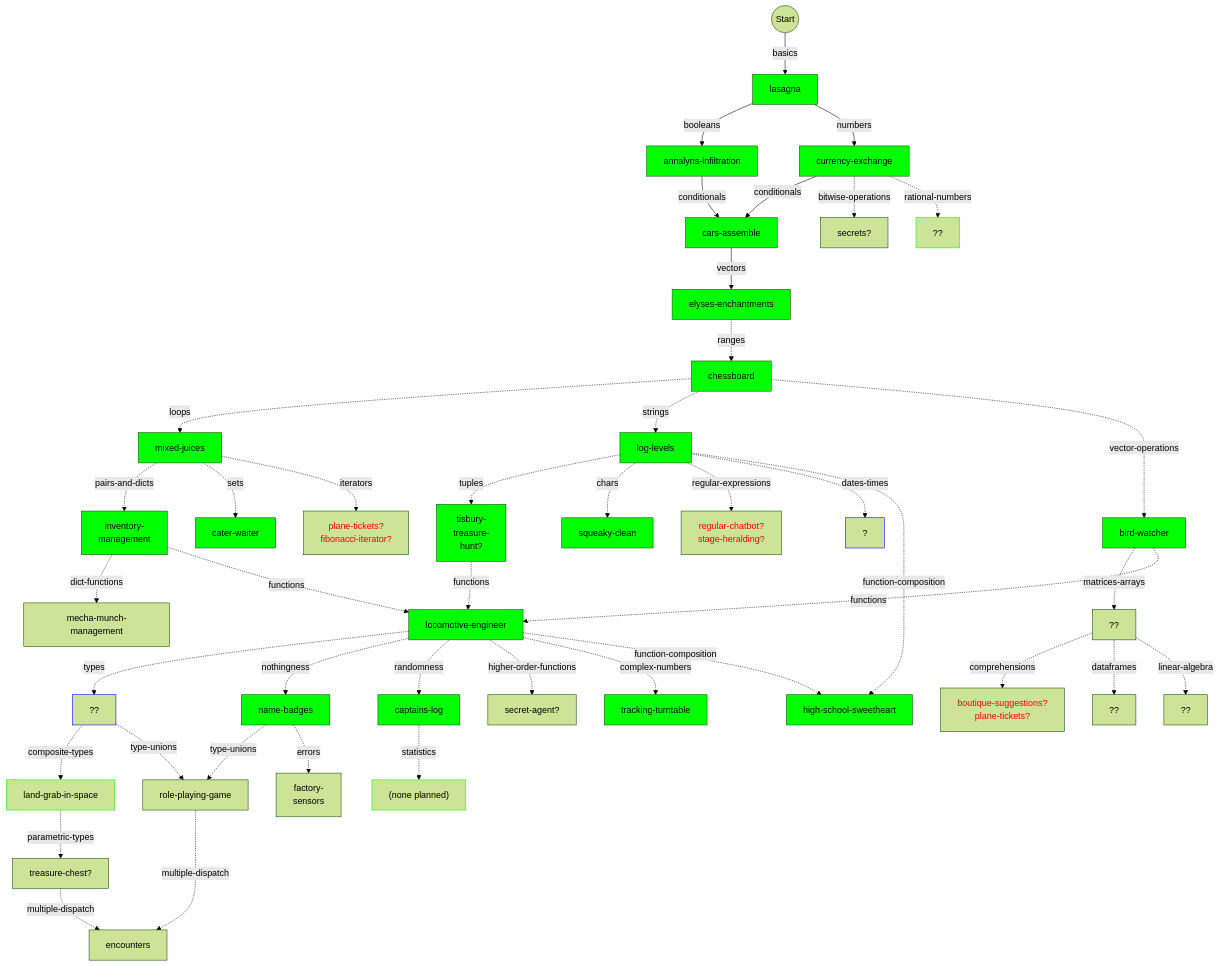
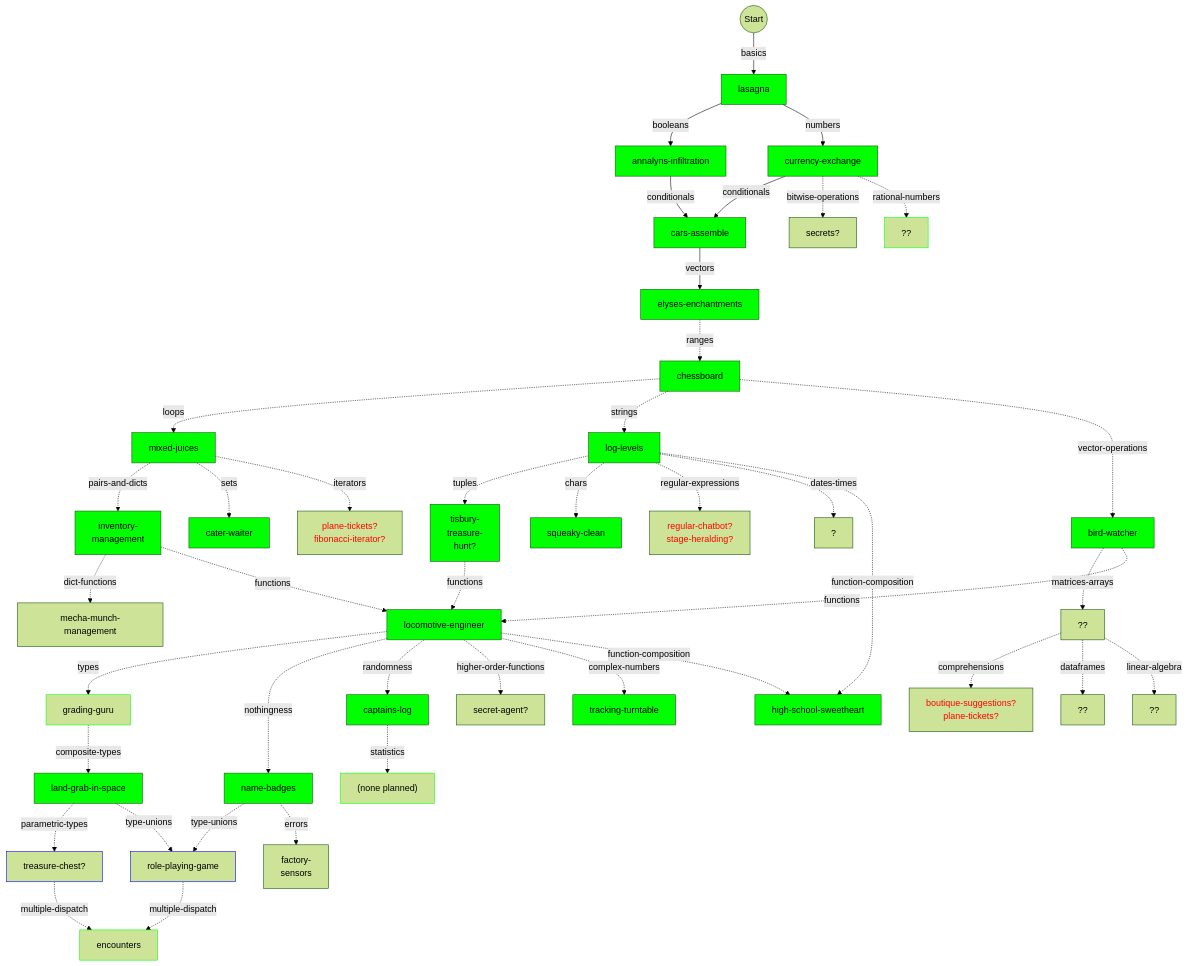
Before and after one commit to colinleach/learning-track-doodles: the diagram in julia/flowchart.md, drawn with Mermaid (forest theme).

Commit message:
flowchart updates

```diff
--- a/julia/flowchart.md
+++ b/julia/flowchart.md
@@ -20,20 +20,20 @@
 basics --numbers--> numbers["currency-exchange"]
 style numbers fill:#0f0
 
-functions -.types.-> types["??"]
-style types stroke:#00f 
+functions -.types.-> types["grading-guru"]
+style types stroke:#0f0 
 
 types -.composite-types.-> composite-types["land-grab-in-space"]
-style composite-types  stroke:#0f0
+style composite-types  fill:#0f0
 
-types -.type-unions.-> type-unions["role-playing-game"]
-%% style type-unions fill:#0f0
+composite-types -.parametric-types.-> parametric-types["treasure-chest?"]
+style parametric-types  stroke:#00f
+
+composite-types -.type-unions.-> type-unions["role-playing-game"]
+style type-unions stroke:#00f
 
 nothingness -.type-unions.-> type-unions["role-playing-game"]
 %% style type-unions fill:#0f0
-
-composite-types -.parametric-types.-> parametric-types["treasure-chest?"]
-%% style parametric-types  color:#f00
 
 booleans --conditionals--> conditionals["cars-assemble"]
 style conditionals fill:#0f0
@@ -87,7 +87,7 @@
 style regular-expressions color:#f00
 
 strings -.dates-times.-> dates-times["?"]
-style dates-times stroke:#00f
+%%style dates-times stroke:#00f
 
 numbers -.bitwise-operations.-> bitwise-operations["secrets?"]
 %% style bitwise-operations fill:#0f0
@@ -115,7 +115,7 @@
 %% style higher-order-functions fill:#f00,color:#fff
 
 type-unions -.multiple-dispatch.-> multiple-dispatch["encounters"]
-%% style multiple-dispatch color:#f00
+style multiple-dispatch stroke:#0f0
 
 parametric-types -.multiple-dispatch.-> multiple-dispatch["encounters"]
 %% style multiple-dispatch color:#f00
```
